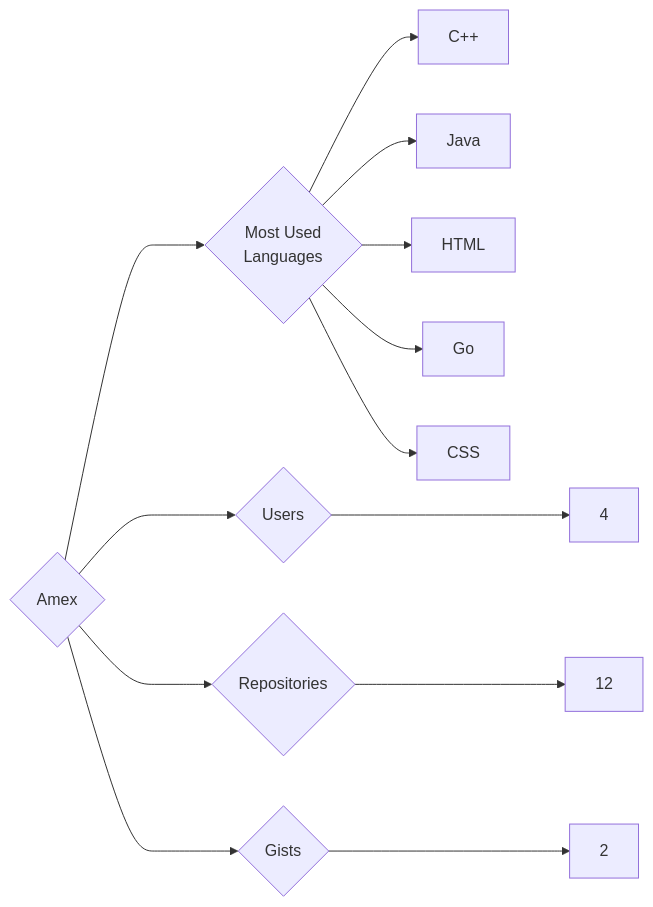
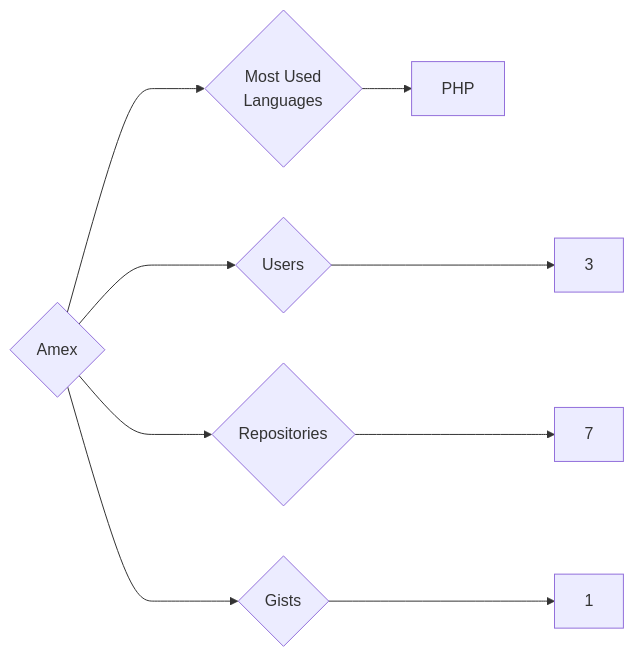
Before and after one commit to trickest/insiders: the diagram in targets/Amex/README.md, drawn with Mermaid. The commit also changed 988 other files, not shown here.

````diff
--- a/targets/Amex/README.md
+++ b/targets/Amex/README.md
@@ -3,13 +3,9 @@
 ```mermaid
 graph LR
 COMPANY_NAME{Amex}
-COMPANY_NAME ---> U{Users} ---> UN[4]
-COMPANY_NAME ---> R{Repositories} ---> RN[12]
-COMPANY_NAME ---> G{Gists} ---> GN[2]
+COMPANY_NAME ---> U{Users} ---> UN[3]
+COMPANY_NAME ---> R{Repositories} ---> RN[7]
+COMPANY_NAME ---> G{Gists} ---> GN[1]
 COMPANY_NAME ---> ML{Most Used<br>Languages}
-ML --> C++[C++]
-ML --> Java[Java]
-ML --> HTML[HTML]
-ML --> Go[Go]
-ML --> CSS[CSS]
+ML --> PHP[PHP]
 ```
````
